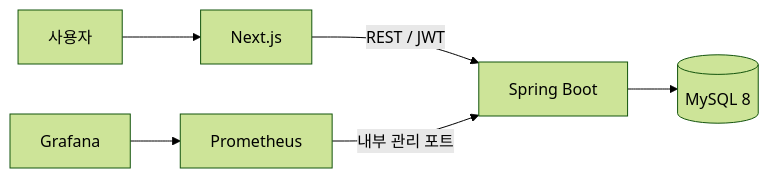
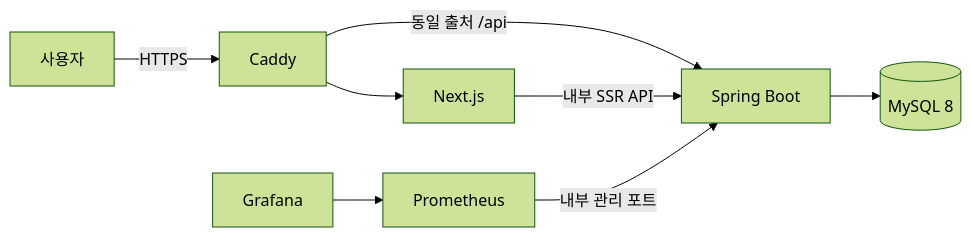
One commit to duvwlq/refail changed the diagram in README.md. Above: the diagram before and after it, drawn with Mermaid (forest theme). The commit also changed other lines of this file and 11 other files, not shown here.

````diff
--- a/README.md
+++ b/README.md
@@ -45,8 +46,10 @@
 ```mermaid
 flowchart LR
-    U[사용자] --> F[Next.js]
-    F -->|REST / JWT| B[Spring Boot]
+    U[사용자] -->|HTTPS| C[Caddy]
+    C --> F[Next.js]
+    C -->|동일 출처 /api| B[Spring Boot]
+    F -->|내부 SSR API| B
     B --> DB[(MySQL 8)]
     P[Prometheus] -->|내부 관리 포트| B
     G[Grafana] --> P
 ```
````
